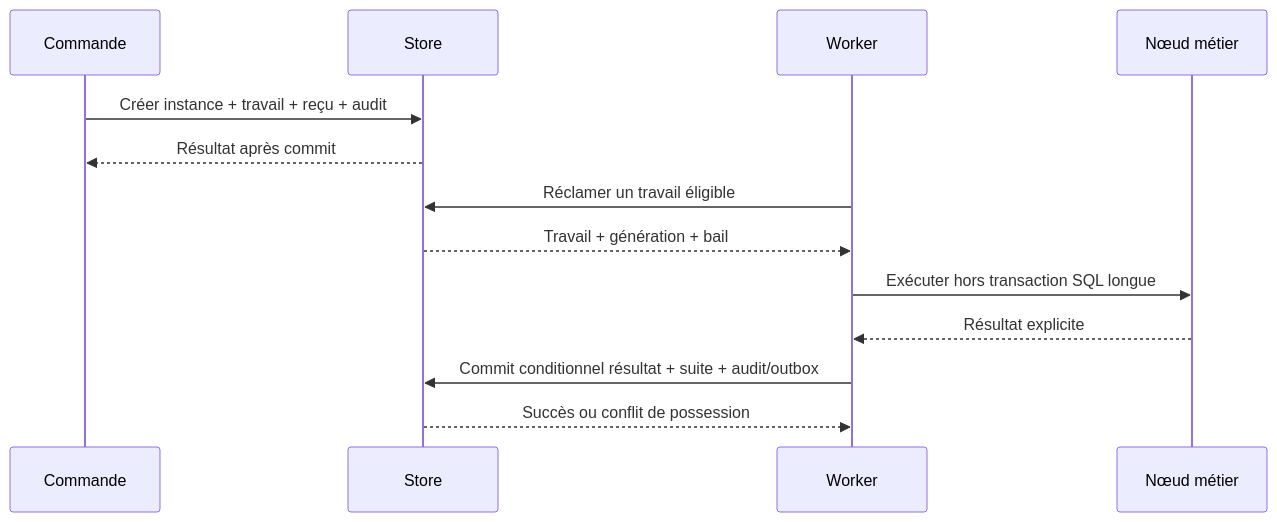
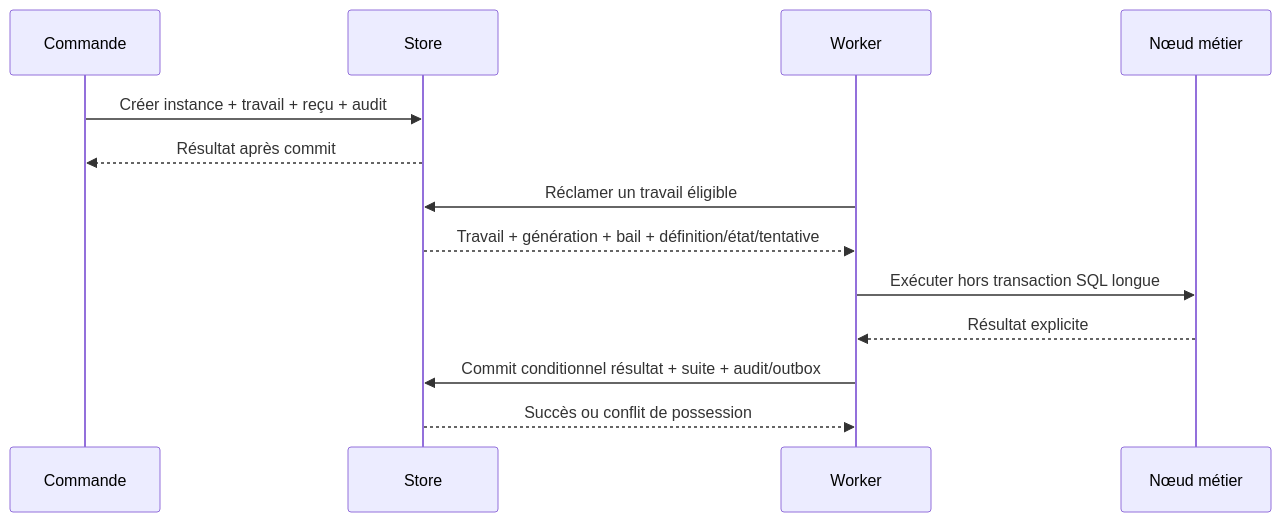
Before and after one commit to mbo2olivier/enterprise-workflow: the diagram in docs/architecture/runtime.md, drawn with Mermaid. The commit also changed other lines of this file and 52 other files, not shown here.

````diff
--- a/docs/architecture/runtime.md
+++ b/docs/architecture/runtime.md
@@ -78,15 +78,15 @@
 ```mermaid
 sequenceDiagram
     participant C as Commande
     participant S as Store
     participant W as Worker
     participant N as Nœud métier
     C->>S: Créer instance + travail + reçu + audit
     S-->>C: Résultat après commit
     W->>S: Réclamer un travail éligible
-    S-->>W: Travail + génération + bail
+    S-->>W: Travail + génération + bail + définition/état/tentative
     W->>N: Exécuter hors transaction SQL longue
     N-->>W: Résultat explicite
     W->>S: Commit conditionnel résultat + suite + audit/outbox
     S-->>W: Succès ou conflit de possession
 ```
````
